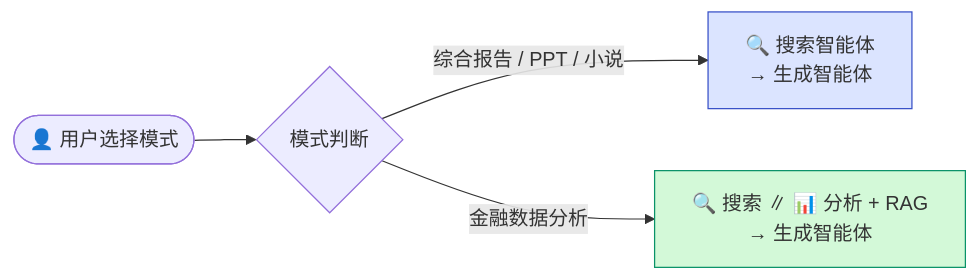
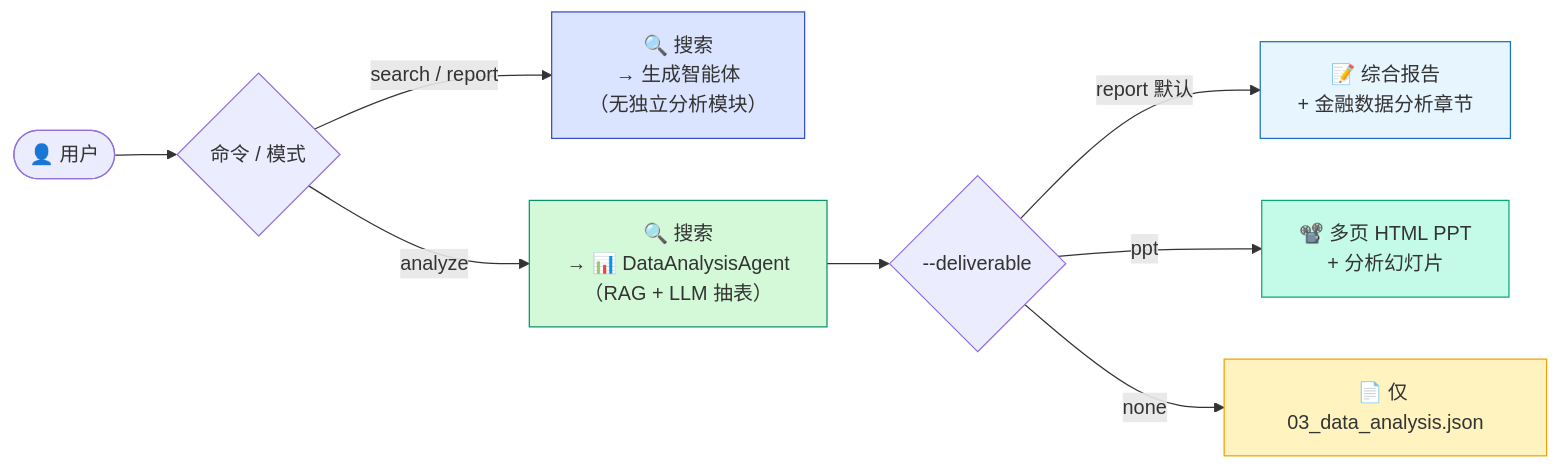
One commit to Iridescent0914/xunlong-pro changed the sixth of 7 diagrams in docs/项目UML图_lly.md. Above: the diagram before and after it, drawn with Mermaid. The commit also changed other lines of this file and 6 other files, not shown here.

Commit message:
解决图表输出为空的问题

````diff
--- a/docs/项目UML图_lly.md
+++ b/docs/项目UML图_lly.md
@@ -167,12 +259,21 @@
 ```mermaid
 flowchart LR
-    User([👤 用户选择模式])
+    User([👤 用户])
 
-    User --> Mode{模式判断}
+    User --> Mode{命令 / 模式}
 
-    Mode -->|综合报告 / PPT / 小说| NormalFlow["🔍 搜索智能体<br/>→ 生成智能体"]
-    Mode -->|金融数据分析| DataFlow["🔍 搜索 ∥ 📊 分析 + RAG<br/>→ 生成智能体"]
+    Mode -->|search / report| NormalFlow["🔍 搜索<br/>→ 生成智能体<br/>（无独立分析模块）"]
+    Mode -->|analyze| AnalyzeFlow["🔍 搜索<br/>→ 📊 DataAnalysisAgent<br/>（RAG + LLM 抽表）"]
 
-    style DataFlow fill:#d3f9d8,stroke:#099268
+    AnalyzeFlow --> Deliverable{--deliverable}
+
+    Deliverable -->|report 默认| ReportOut["📝 综合报告<br/>+ 金融数据分析章节"]
+    Deliverable -->|ppt| PPTOut["📽️ 多页 HTML PPT<br/>+ 分析幻灯片"]
+    Deliverable -->|none| JSONOut["📄 仅 03_data_analysis.json"]
+
+    style AnalyzeFlow fill:#d3f9d8,stroke:#099268
     style NormalFlow fill:#dbe4ff,stroke:#364fc7
+    style ReportOut fill:#e7f5ff,stroke:#1971c2
+    style PPTOut fill:#c3fae8,stroke:#0ca678
+    style JSONOut fill:#fff3bf,stroke:#f59f00
 ```
````
